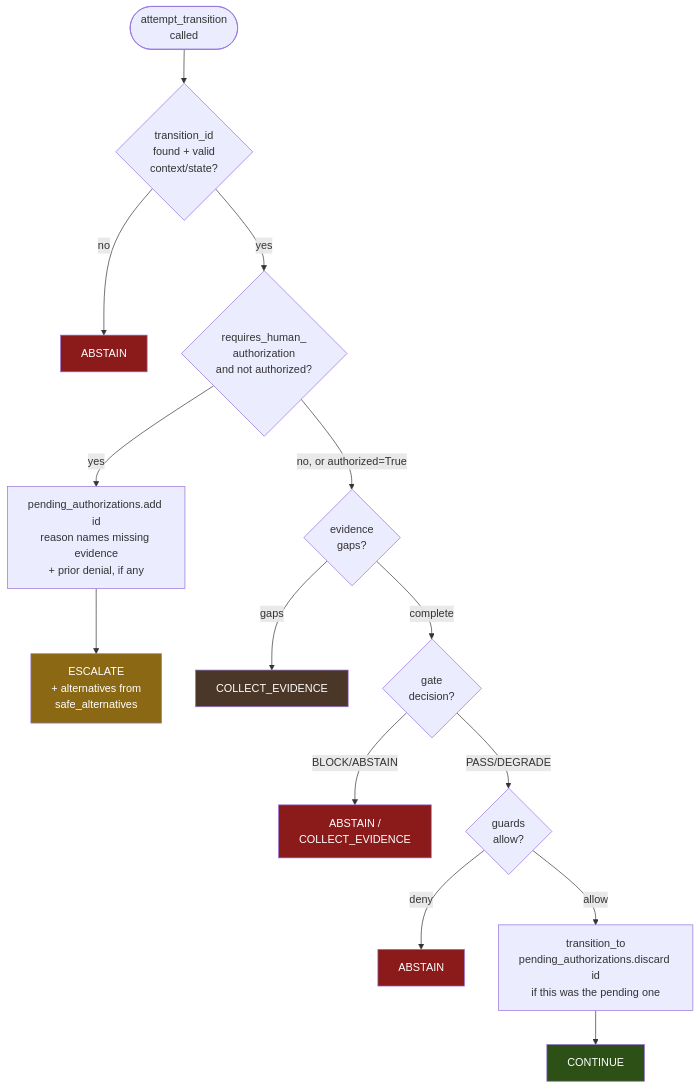
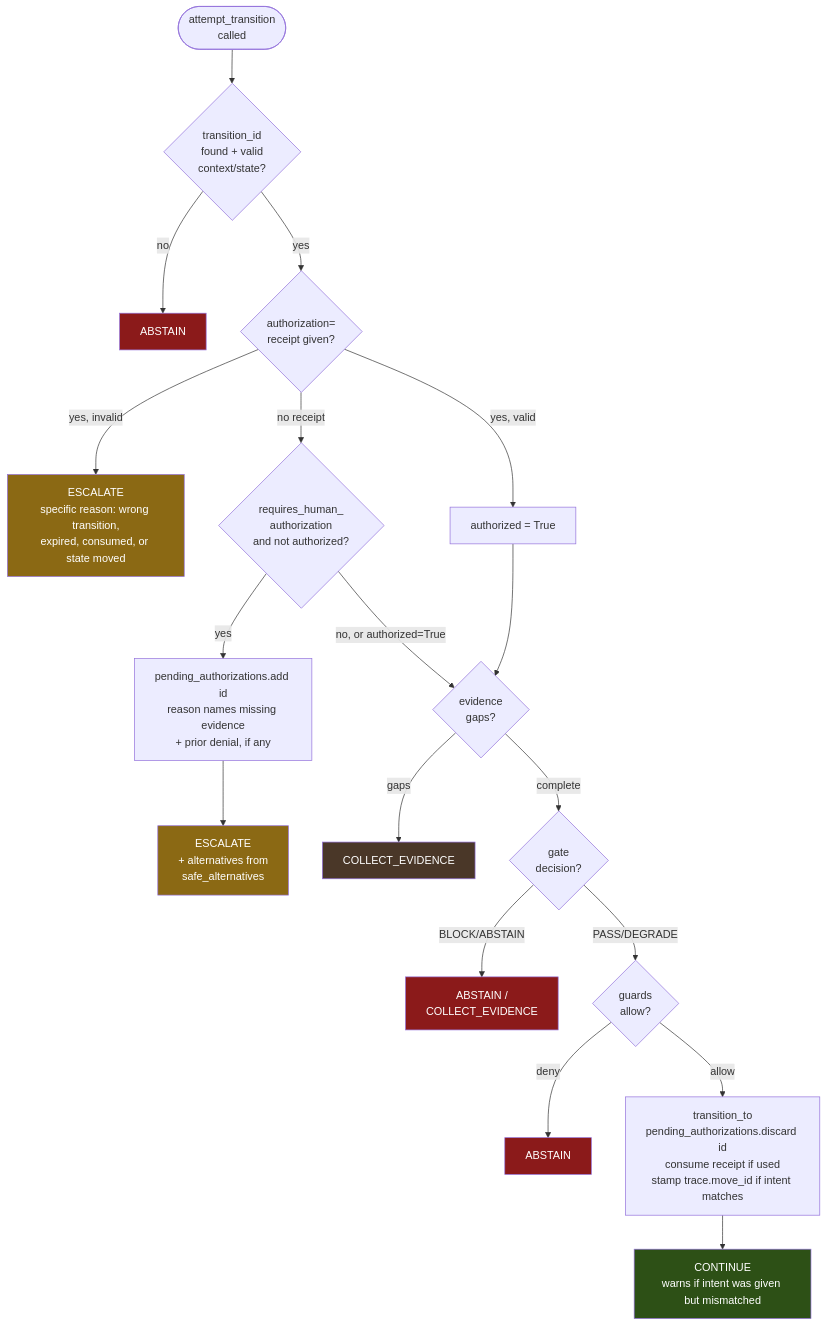
Before and after one commit to igareosh/fpf-agentic-thinking-map: the fifth of 12 diagrams in ARCHITECTURE.md, drawn with Mermaid. The commit also changed other lines of this file and 2 other files, not shown here.

````diff
--- a/ARCHITECTURE.md
+++ b/ARCHITECTURE.md
@@ -128,23 +149,28 @@
 ```mermaid
 flowchart TD
     AT([attempt_transition<br/>called]) --> FOUND{transition_id<br/>found + valid<br/>context/state?}
     FOUND -->|no| AB1[ABSTAIN]
-    FOUND -->|yes| AUTH{requires_human_<br/>authorization<br/>and not authorized?}
+    FOUND -->|yes| RCPT{authorization=<br/>receipt given?}
+    RCPT -->|yes, invalid| ESC0[ESCALATE<br/>specific reason: wrong transition,<br/>expired, consumed, or state moved]
+    RCPT -->|yes, valid| AUTHOK[authorized = True]
+    RCPT -->|no receipt| AUTH{requires_human_<br/>authorization<br/>and not authorized?}
     AUTH -->|yes| MARK[pending_authorizations.add id<br/>reason names missing evidence<br/>+ prior denial, if any]
     MARK --> ESC[ESCALATE<br/>+ alternatives from<br/>safe_alternatives]
     AUTH -->|no, or authorized=True| EV{evidence<br/>gaps?}
+    AUTHOK --> EV
     EV -->|gaps| CE[COLLECT_EVIDENCE]
     EV -->|complete| GATE{gate<br/>decision?}
     GATE -->|BLOCK/ABSTAIN| AB2[ABSTAIN /<br/>COLLECT_EVIDENCE]
     GATE -->|PASS/DEGRADE| GUARD{guards<br/>allow?}
     GUARD -->|deny| AB3[ABSTAIN]
-    GUARD -->|allow| FIRE[transition_to<br/>pending_authorizations.discard id<br/>if this was the pending one]
-    FIRE --> CONT[CONTINUE]
+    GUARD -->|allow| FIRE[transition_to<br/>pending_authorizations.discard id<br/>consume receipt if used<br/>stamp trace.move_id if intent matches]
+    FIRE --> CONT[CONTINUE<br/>warns if intent was given but mismatched]
 
     style AB1 fill:#8b1a1a,color:#fff
     style AB2 fill:#8b1a1a,color:#fff
     style AB3 fill:#8b1a1a,color:#fff
     style ESC fill:#8b6914,color:#fff
+    style ESC0 fill:#8b6914,color:#fff
     style CE fill:#4a3728,color:#fff
     style CONT fill:#2d5016,color:#fff
 ```
````
